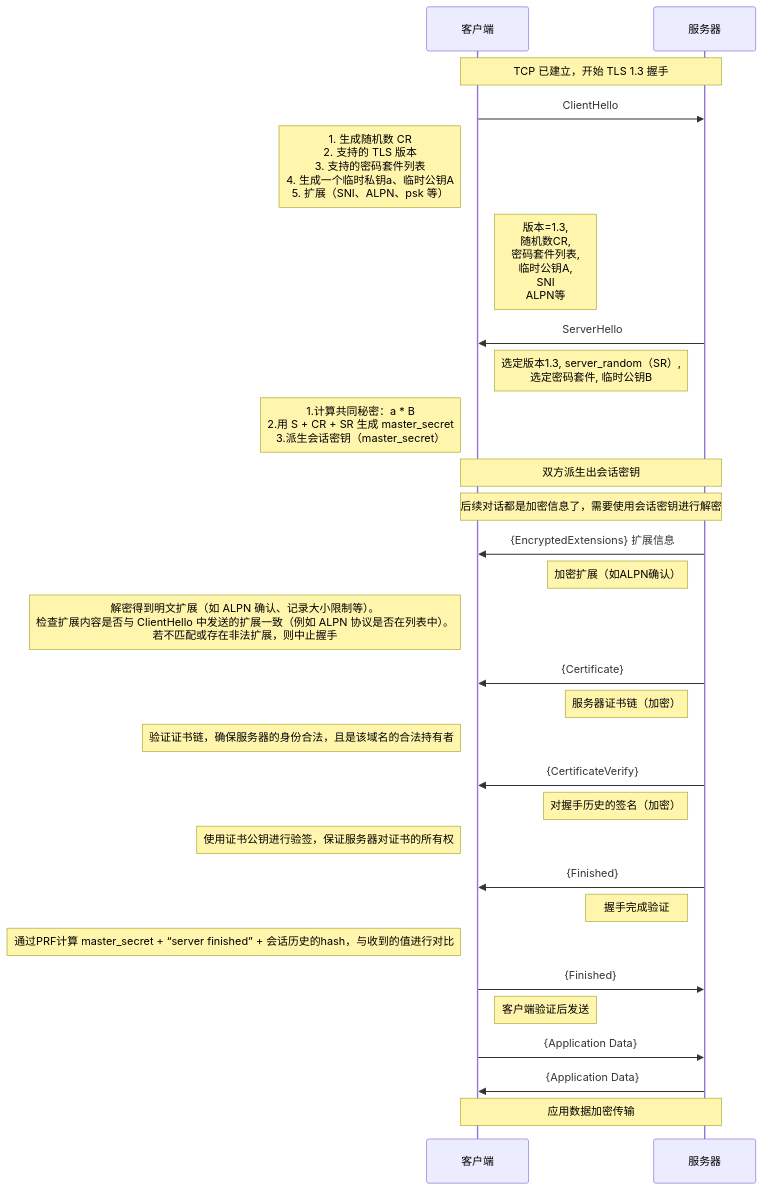
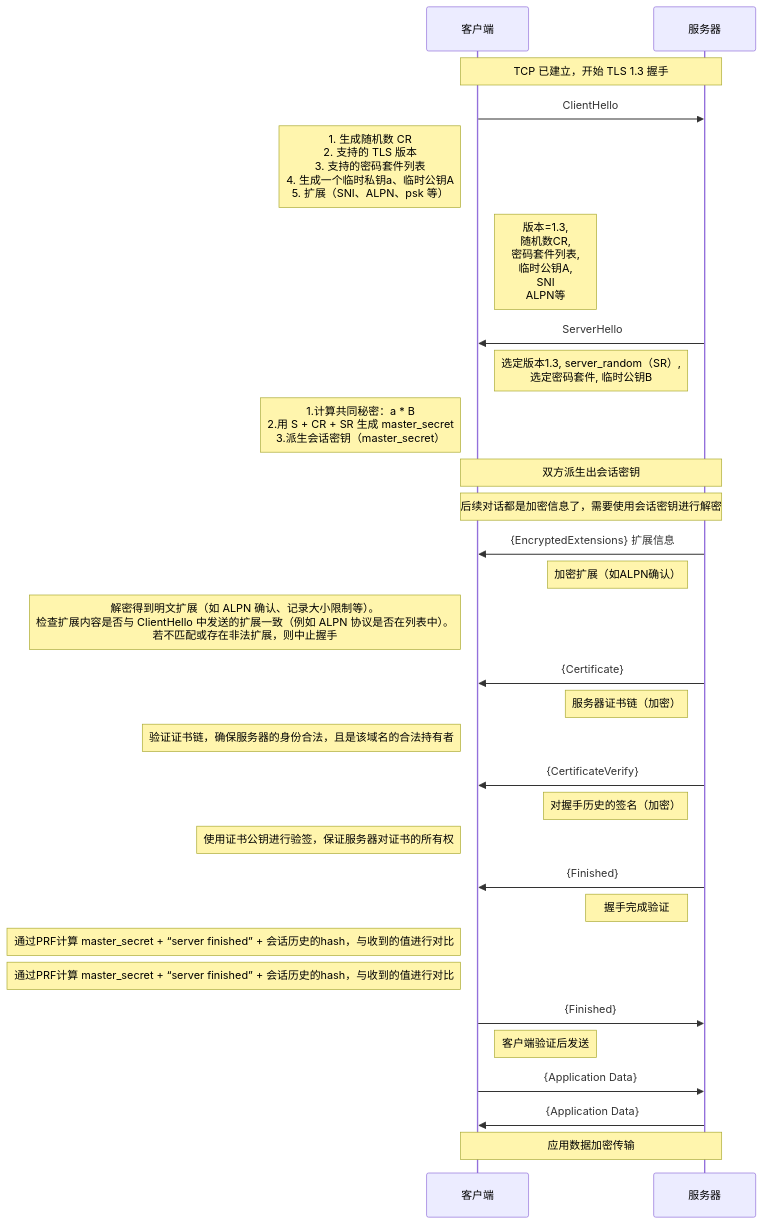
Before and after one commit to HY-10-8/iodraw-files: the diagram in all/TLS-1.3-通用.md, drawn with Mermaid.

Commit message:
2026-03-30 18:59:30 update

````diff
--- a/all/TLS-1.3-通用.md
+++ b/all/TLS-1.3-通用.md
@@ -1,41 +1,42 @@
 ```mermaid
 sequenceDiagram
     participant C as 客户端
     participant S as 服务器
 
     Note over C,S: TCP 已建立，开始 TLS 1.3 握手
 
     C->>S: ClientHello
     Note left of C: 1. 生成随机数 CR<br/> 2. 支持的 TLS 版本<br/> 3. 支持的密码套件列表<br/> 4. 生成一个临时私钥a、临时公钥A<br/> 5. 扩展（SNI、ALPN、psk 等）
     Note right of C: 版本=1.3,<br/> 随机数CR,<br/> 密码套件列表,<br/> 临时公钥A,<br/> SNI<br/> ALPN等
 
     S->>C: ServerHello
     Note left of S: 选定版本1.3, server_random（SR）,<br/> 选定密码套件, 临时公钥B
     Note left of C: 1.计算共同秘密：a * B<br/> 2.用 S + CR + SR 生成 master_secret<br/> 3.派生会话密钥（master_secret）
 
     Note over C,S: 双方派生出会话密钥
     Note over C,S: 后续对话都是加密信息了，需要使用会话密钥进行解密
 
     S->>C: {EncryptedExtensions} 扩展信息
     Note left of S: 加密扩展（如ALPN确认）
     Note left of C: 解密得到明文扩展（如 ALPN 确认、记录大小限制等）。<br/>检查扩展内容是否与 ClientHello 中发送的扩展一致（例如 ALPN 协议是否在列表中）。<br/> 若不匹配或存在非法扩展，则中止握手
 
     S->>C: {Certificate}
     Note left of S: 服务器证书链（加密）
     Note left of C: 验证证书链，确保服务器的身份合法，且是该域名的合法持有者
 
     S->>C: {CertificateVerify}
     Note left of S: 对握手历史的签名（加密）
     Note left of C: 使用证书公钥进行验签，保证服务器对证书的所有权
 
     S->>C: {Finished}
     Note left of S: 握手完成验证
     Note left of C: 通过PRF计算 master_secret + “server finished” + 会话历史的hash，与收到的值进行对比
+    Note left of C: 通过PRF计算 master_secret + “server finished” + 会话历史的hash，与收到的值进行对比
 
     C->>S: {Finished}
     Note right of C: 客户端验证后发送
 
     C->>S: {Application Data}
     S->>C: {Application Data}
     Note over C,S: 应用数据加密传输
 ```
````
